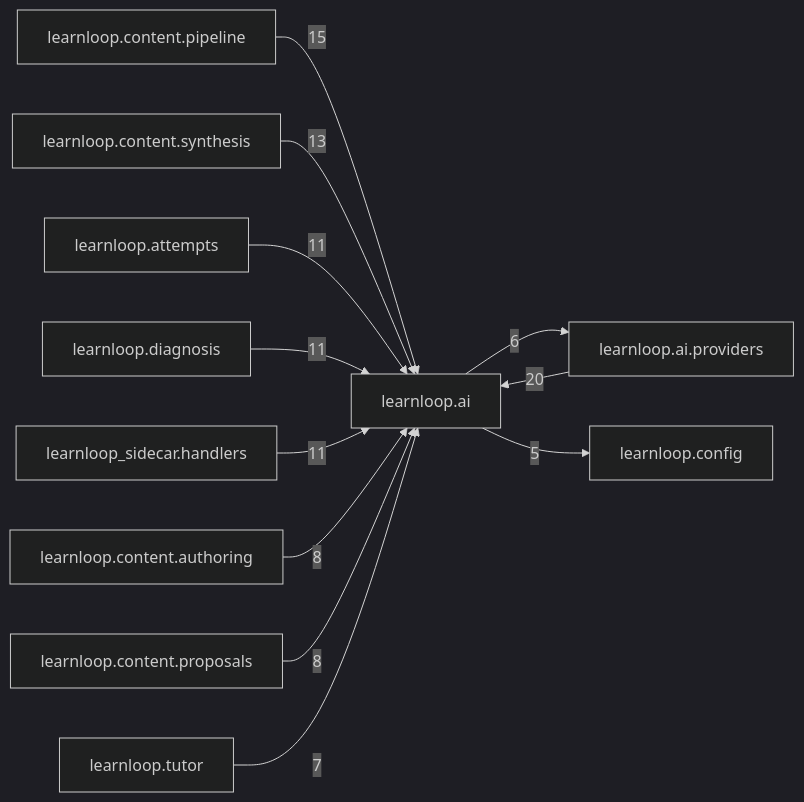
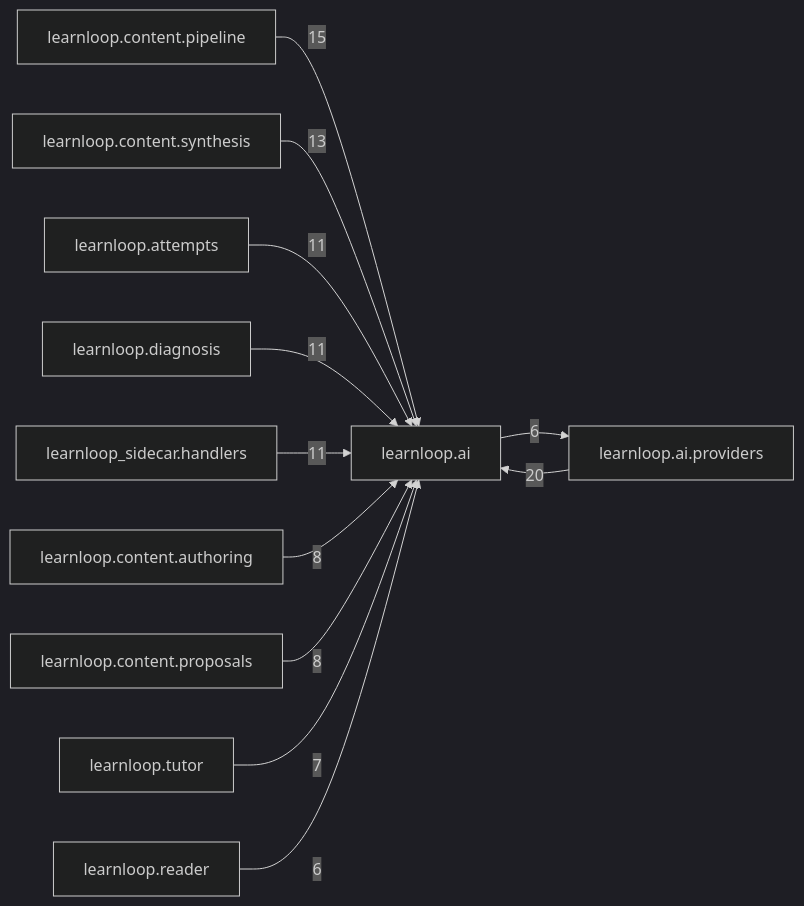
One commit to 6up-b/learnanything changed the diagram in docs/learnloop-architecture-vault/Reference/Modules/learnloop/ai/_package.md. Above: the diagram before and after it, drawn with Mermaid (dark theme). The commit also changed other lines of this file and 24 other files, not shown here.

````diff
--- a/docs/learnloop-architecture-vault/Reference/Modules/learnloop/ai/_package.md
+++ b/docs/learnloop-architecture-vault/Reference/Modules/learnloop/ai/_package.md
@@ -110,25 +110,25 @@
 ```mermaid
 flowchart LR
     center["learnloop.ai"]
     n_learnloop_ai_providers["learnloop.ai.providers"]
     n_learnloop_content_pipeline["learnloop.content.pipeline"]
     n_learnloop_content_synthesis["learnloop.content.synthesis"]
     n_learnloop_attempts["learnloop.attempts"]
     n_learnloop_diagnosis["learnloop.diagnosis"]
     n_learnloop_sidecar_handlers["learnloop_sidecar.handlers"]
     n_learnloop_content_authoring["learnloop.content.authoring"]
     n_learnloop_content_proposals["learnloop.content.proposals"]
     n_learnloop_tutor["learnloop.tutor"]
-    n_learnloop_config["learnloop.config"]
+    n_learnloop_reader["learnloop.reader"]
     n_learnloop_ai_providers -->|20| center
     center -->|6| n_learnloop_ai_providers
     n_learnloop_content_pipeline -->|15| center
     n_learnloop_content_synthesis -->|13| center
     n_learnloop_attempts -->|11| center
     n_learnloop_diagnosis -->|11| center
     n_learnloop_sidecar_handlers -->|11| center
     n_learnloop_content_authoring -->|8| center
     n_learnloop_content_proposals -->|8| center
     n_learnloop_tutor -->|7| center
-    center -->|5| n_learnloop_config
+    n_learnloop_reader -->|6| center
 ```
````
